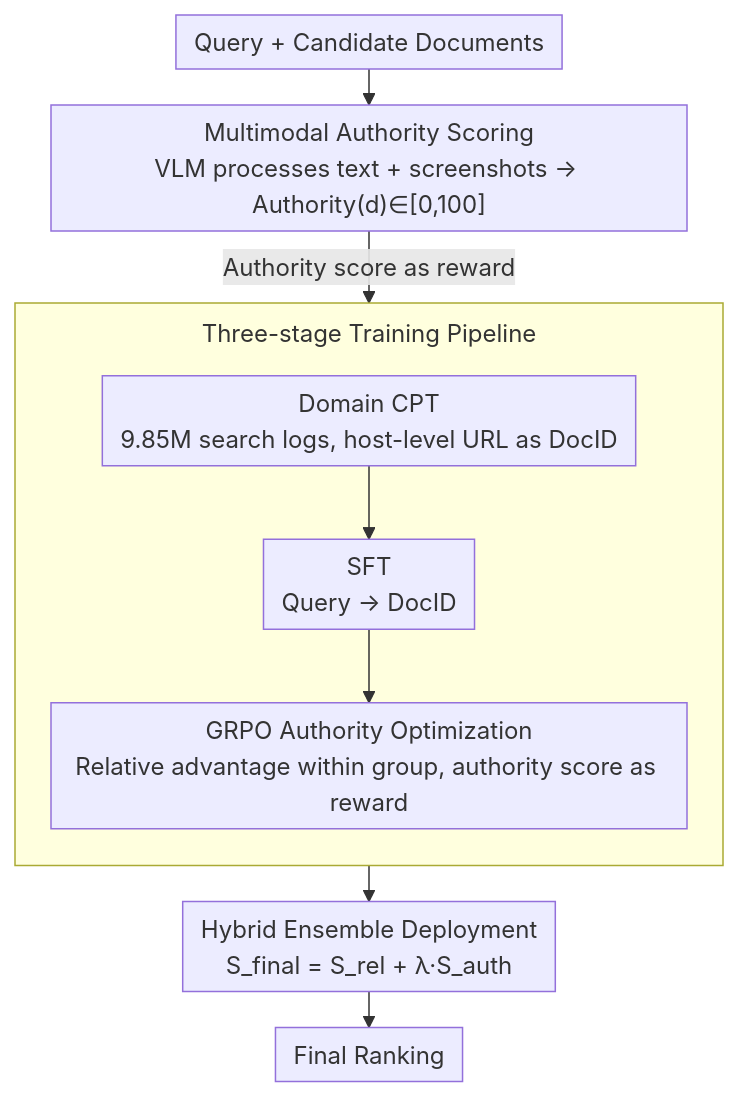
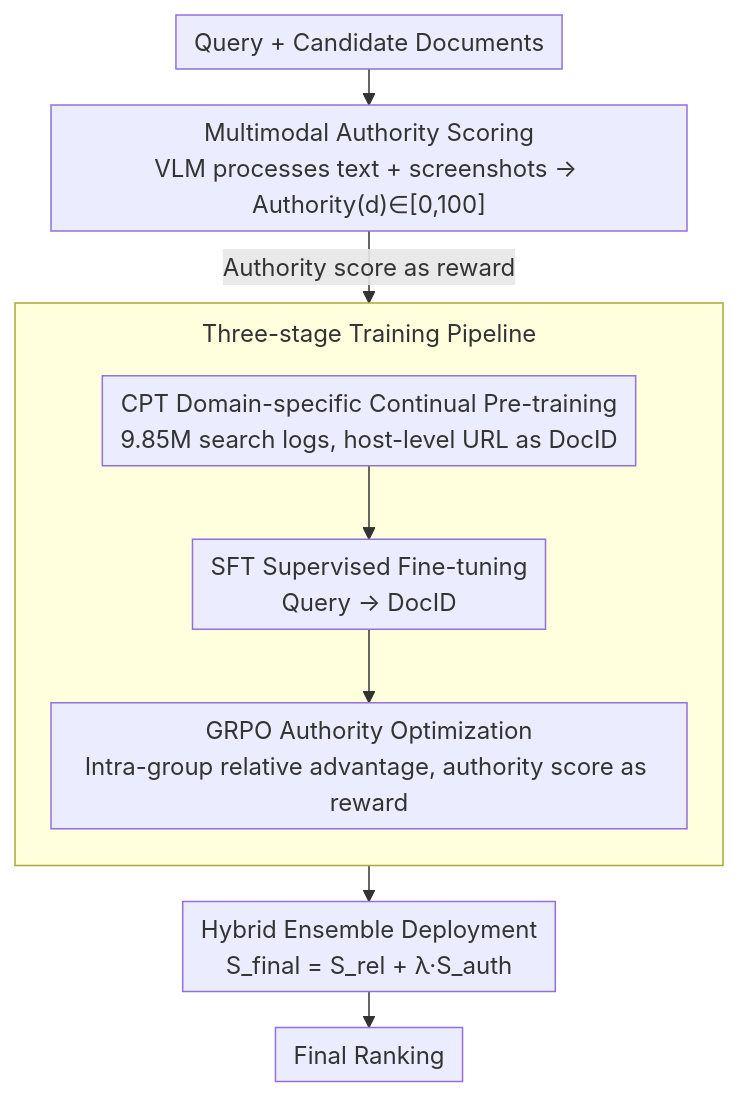
Before and after one commit to zhaoyang97/Paper-Notes-en: the diagram in docs/ACL2026/information_retrieval/from_relevance_to_authority_authority-aware_generative_retrieval_in_web_search_e.md, drawn with Mermaid. The commit also changed other lines of this file and 5084 other files, not shown here.

````diff
--- a/docs/ACL2026/information_retrieval/from_relevance_to_authority_authority-aware_generative_retrieval_in_web_search_e.md
+++ b/docs/ACL2026/information_retrieval/from_relevance_to_authority_authority-aware_generative_retrieval_in_web_search_e.md
@@ -44,13 +44,13 @@
 ```mermaid
 %%{init: {'flowchart': {'rankSpacing': 24, 'nodeSpacing': 28, 'padding': 6, 'wrappingWidth': 400, 'subGraphTitleMargin': {'top': 8, 'bottom': 16}}}}%%
 flowchart TD
     A["Query + Candidate Documents"] --> SCORE["Multimodal Authority Scoring<br/>VLM processes text + screenshots → Authority(d)∈[0,100]"]
     subgraph TRAIN["Three-stage Training Pipeline"]
         direction TB
-        CPT["Domain CPT<br/>9.85M search logs, host-level URL as DocID"] --> SFT["SFT<br/>Query → DocID"]
-        SFT --> GRPO["GRPO Authority Optimization<br/>Relative advantage within group, authority score as reward"]
+        CPT["CPT Domain-specific Continual Pre-training<br/>9.85M search logs, host-level URL as DocID"] --> SFT["SFT Supervised Fine-tuning<br/>Query → DocID"]
+        SFT --> GRPO["GRPO Authority Optimization<br/>Intra-group relative advantage, authority score as reward"]
     end
     SCORE -->|Authority score as reward| TRAIN
     TRAIN --> ENS["Hybrid Ensemble Deployment<br/>S_final = S_rel + λ·S_auth"]
     ENS --> OUT["Final Ranking"]
 ```
````
